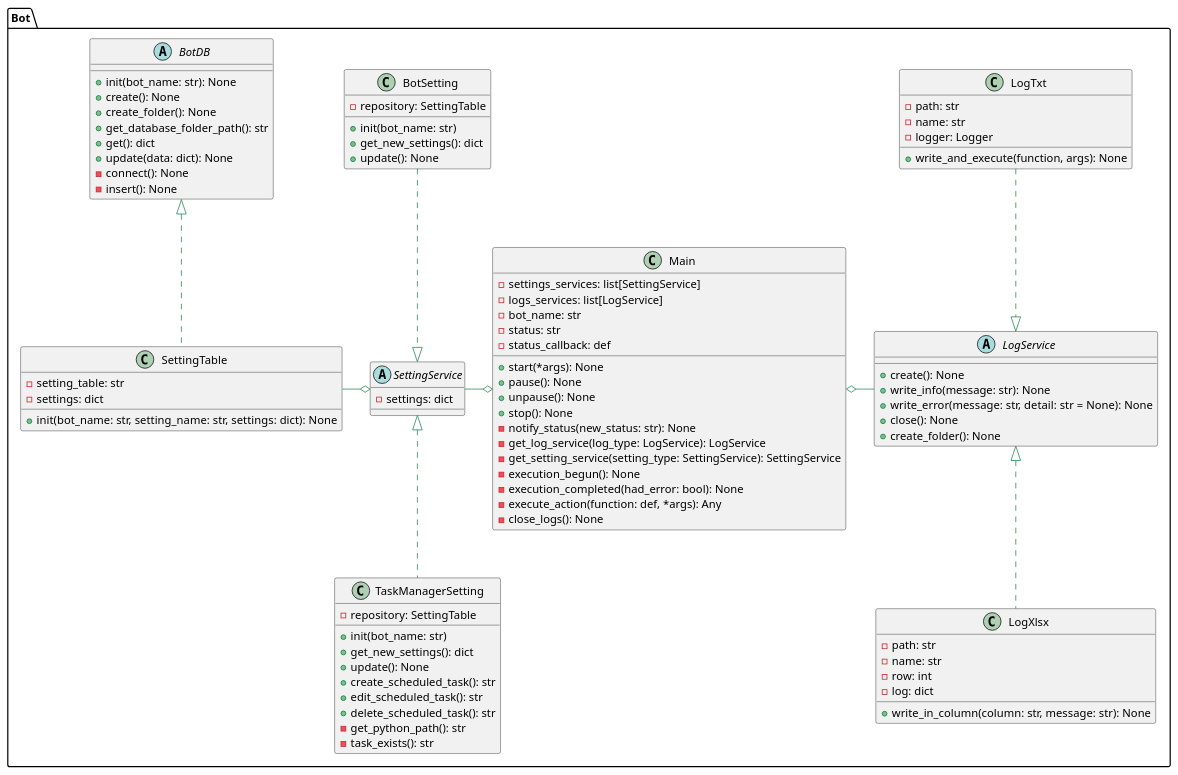
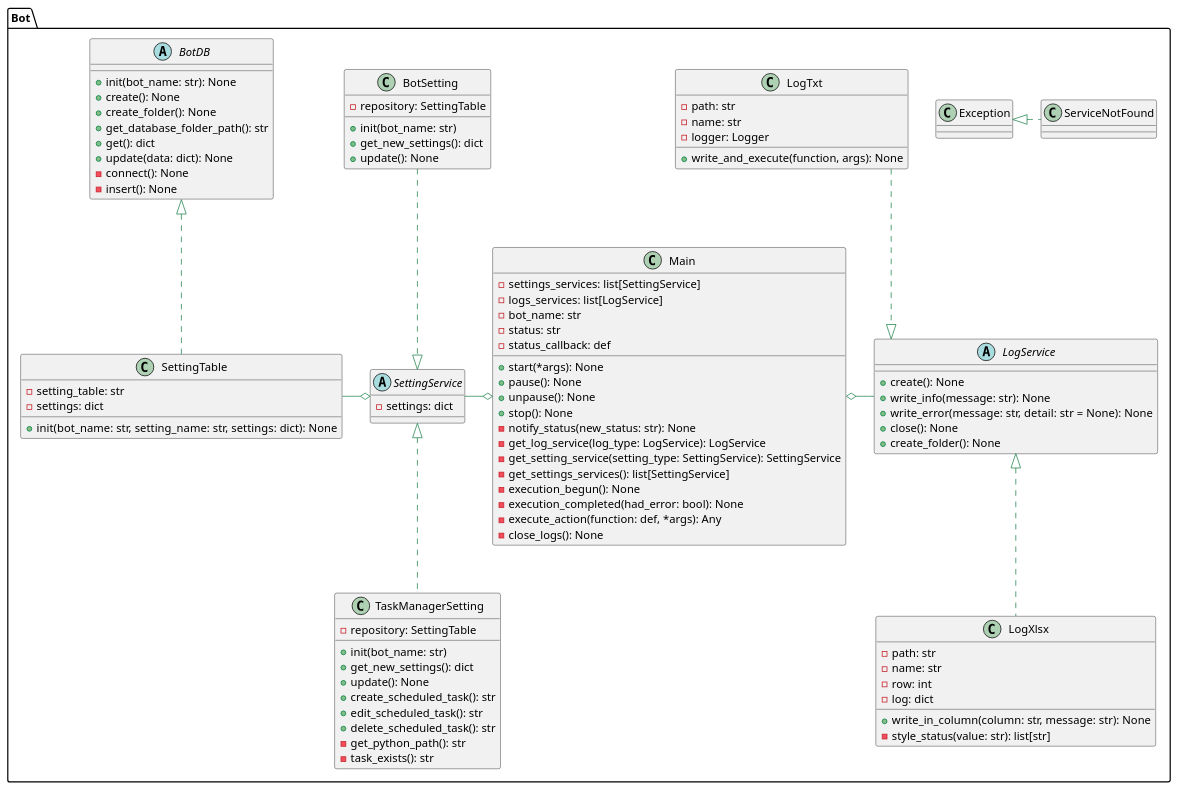
Before and after one commit to Gabs343/Template-bot: the diagram in diagram.puml, drawn with PlantUML.

Commit message:
updating the diagram

```diff
--- a/diagram.puml
+++ b/diagram.puml
@@ -1,104 +1,111 @@
 @startuml  
 skinparam {
     linetype ortho
     ArrowColor SeaGreen
 }
 
 package Bot{
+    class Exception{}
+    class ServiceNotFound{}
+
     class Main{
         - settings_services: list[SettingService]
         - logs_services: list[LogService]
         - bot_name: str
         - status: str
         - status_callback: def
         + start(*args): None
         + pause(): None
         + unpause(): None
         + stop(): None
         - notify_status(new_status: str): None
         - get_log_service(log_type: LogService): LogService
         - get_setting_service(setting_type: SettingService): SettingService
+        - get_settings_services(): list[SettingService]
         - execution_begun(): None
         - execution_completed(had_error: bool): None
         - execute_action(function: def, *args): Any
         - close_logs(): None
     }
 
     abstract BotDB{
         + init(bot_name: str): None
         + create(): None
         + create_folder(): None
         + get_database_folder_path(): str
         + get(): dict
         + update(data: dict): None
         - connect(): None
         - insert(): None
     }
 
     class SettingTable{
         - setting_table: str
         - settings: dict
         + init(bot_name: str, setting_name: str, settings: dict): None
     }
 
     abstract SettingService{
         - settings: dict
     }
     class BotSetting{
         - repository: SettingTable
         + init(bot_name: str)
         + get_new_settings(): dict
         + update(): None
     }
 
     class TaskManagerSetting{
         - repository: SettingTable
         + init(bot_name: str)
         + get_new_settings(): dict
         + update(): None
         + create_scheduled_task(): str
         + edit_scheduled_task(): str
         + delete_scheduled_task(): str
         - get_python_path(): str
         - task_exists(): str
     }
 
     abstract LogService{
         + create(): None
         + write_info(message: str): None
         + write_error(message: str, detail: str = None): None
         + close(): None
         + create_folder(): None
     }
 
     class LogTxt{
         - path: str
         - name: str
         - logger: Logger
 
         + write_and_execute(function, args): None
     }
 
     class LogXlsx{
         - path: str
         - name: str
         - row: int
         - log: dict
 
         + write_in_column(column: str, message: str): None
+        - style_status(value: str): list[str]
     }
 }
 
 Main o-left- SettingService
 Main o-right- LogService
 
 BotDB <|.. SettingTable
 
 SettingService o-left- SettingTable
 SettingService <|.up. BotSetting
 SettingService <|.. TaskManagerSetting
 
 LogService <|.up. LogTxt
 LogService <|.. LogXlsx
 
+Exception <|.right. ServiceNotFound
+
 @enduml 
```
